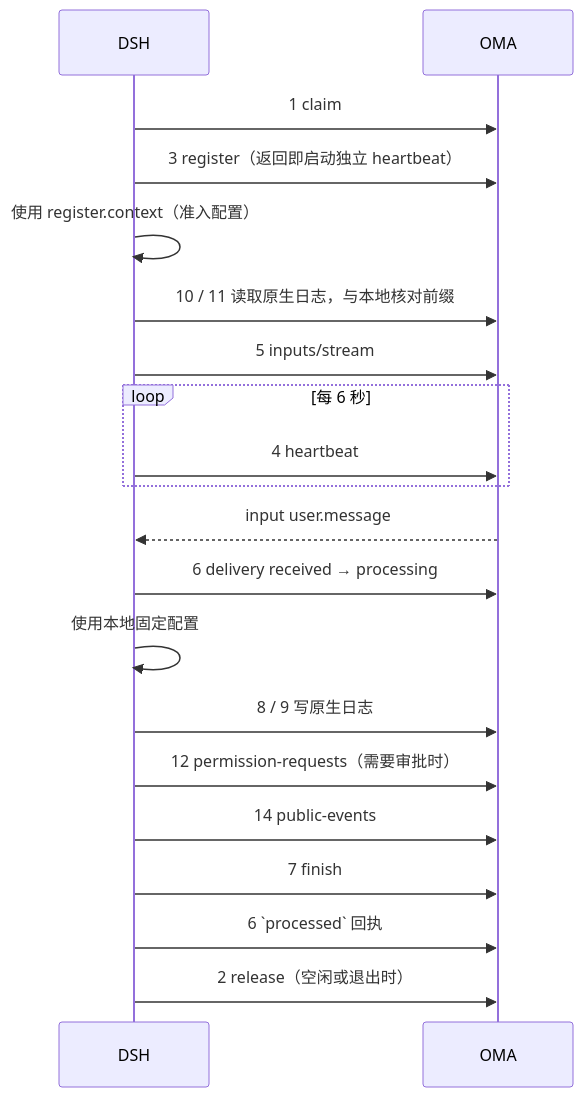
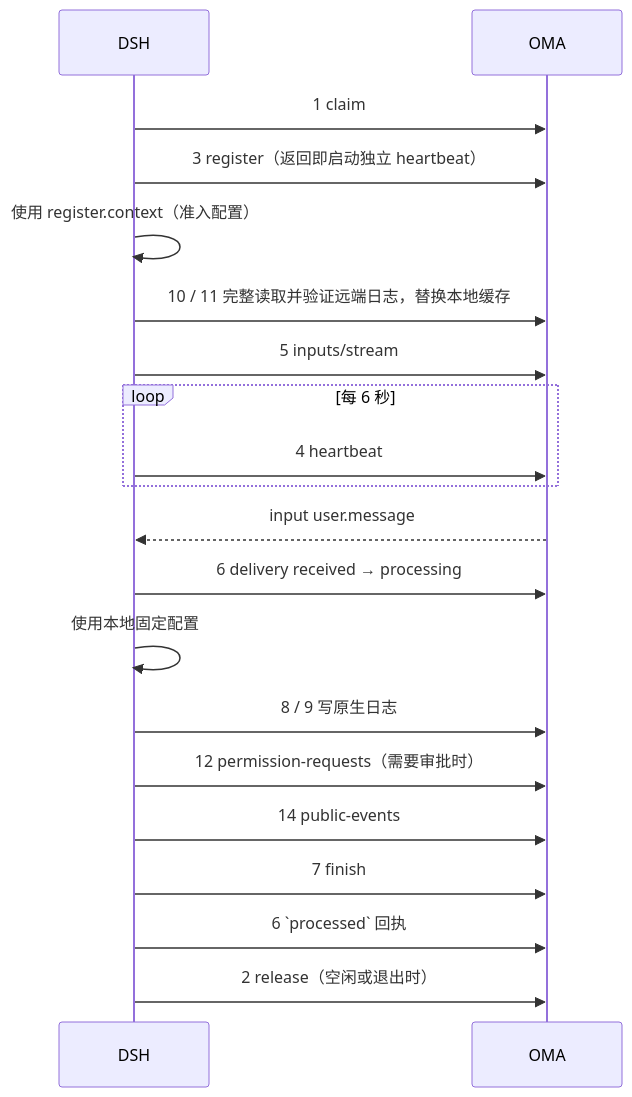
Before and after one commit to superduck-ai/open-managed-agents: the diagram in docs/design/be/dsrv1/api-reference.md, drawn with Mermaid. The commit also changed other lines of this file and 49 other files, not shown here.

````diff
--- a/docs/design/be/dsrv1/api-reference.md
+++ b/docs/design/be/dsrv1/api-reference.md
@@ -32,22 +32,22 @@
 ```mermaid
 sequenceDiagram
     participant D as DSH
     participant A as OMA
     D->>A: 1 claim
     D->>A: 3 register（返回即启动独立 heartbeat）
     D->>D: 使用 register.context（准入配置）
-    D->>A: 10 / 11 读取原生日志，与本地核对前缀
+    D->>A: 10 / 11 完整读取并验证远端日志，替换本地缓存
     D->>A: 5 inputs/stream
     loop 每 6 秒
         D->>A: 4 heartbeat
     end
     A-->>D: input user.message
     D->>A: 6 delivery received → processing
     D->>D: 使用本地固定配置
     D->>A: 8 / 9 写原生日志
     D->>A: 12 permission-requests（需要审批时）
     D->>A: 14 public-events
     D->>A: 7 finish
     D->>A: 6 `processed` 回执
     D->>A: 2 release（空闲或退出时）
 ```
````
